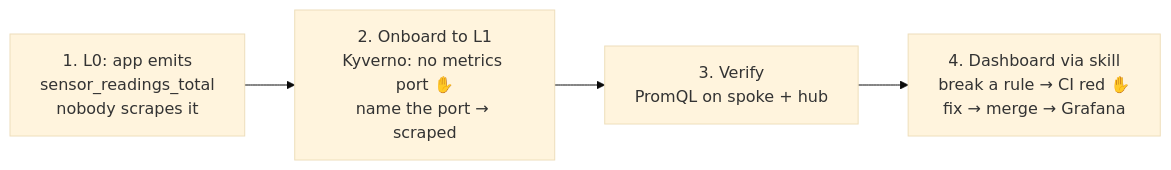
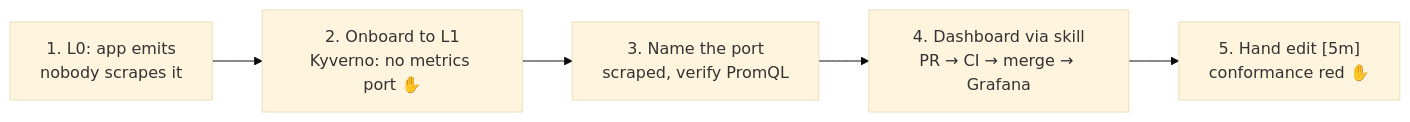
The diagram in doc/demo/l1-onboarding.md (seanjin97/hack-multi-cluster-openshift-observability), drawn with Mermaid (base theme) before and after one commit. The commit also changed other lines of this file and 26 other files, not shown here.

````diff
--- a/doc/demo/l1-onboarding.md
+++ b/doc/demo/l1-onboarding.md
@@ -7,6 +7,7 @@
 ```mermaid
 flowchart LR
-  s1["1. L0: app emits<br/>sensor_readings_total<br/>nobody scrapes it"] --> s2["2. Onboard to L1<br/>Kyverno: no metrics port ✋<br/>name the port → scraped"]
-  s2 --> s3["3. Verify<br/>PromQL on spoke + hub"]
-  s3 --> s4["4. Dashboard via skill<br/>break a rule → CI red ✋<br/>fix → merge → Grafana"]
+  s1["1. L0: app emits<br/>nobody scrapes it"] --> s2["2. Onboard to L1<br/>Kyverno: no metrics port ✋"]
+  s2 --> s3["3. Name the port<br/>scraped, verify PromQL"]
+  s3 --> s4["4. Dashboard via skill<br/>PR → CI → merge → Grafana"]
+  s4 --> s5["5. Hand edit [5m]<br/>conformance red ✋"]
 ```
````
